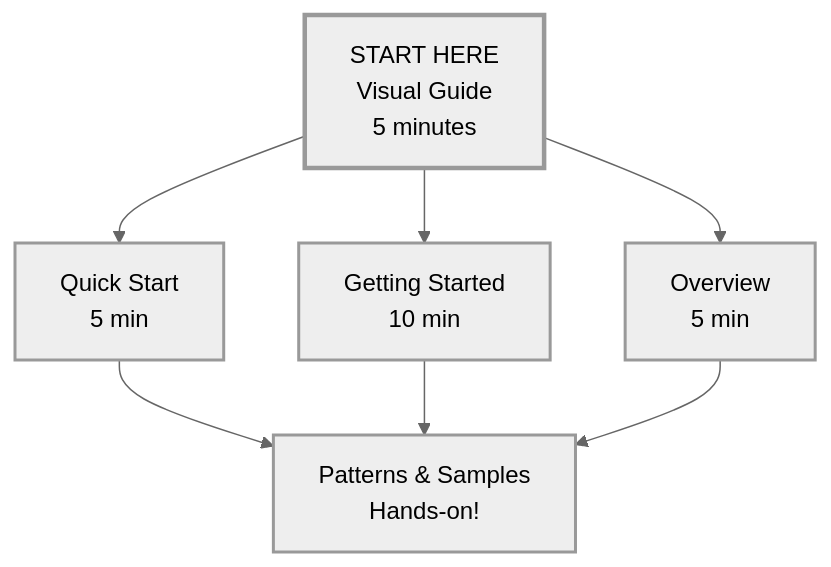
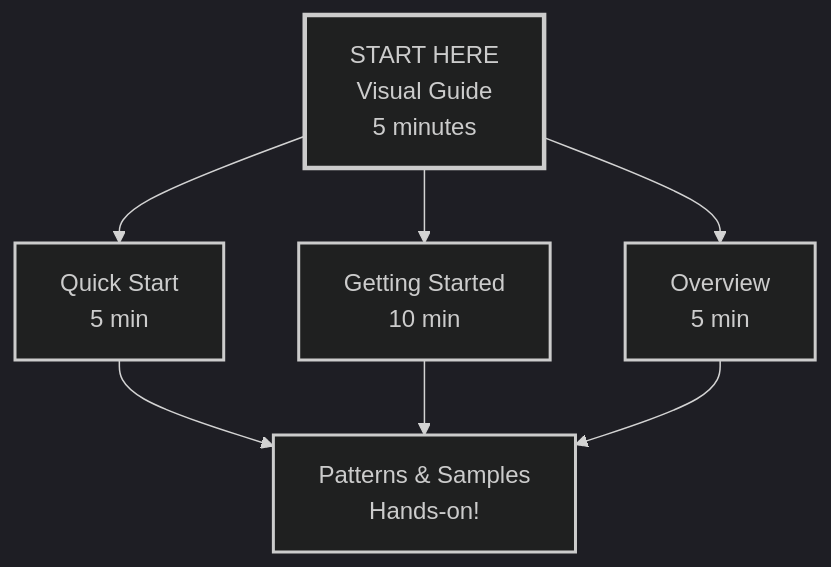
One commit to wallstop/DxMessaging changed the first of 2 diagrams in docs/getting-started/index.md. Above: the diagram before and after it, drawn with Mermaid. The commit also changed other lines of this file and 24 other files, not shown here.

Commit message:
Mermaid overhaul, change most test assemblies to be editor

````diff
--- a/docs/getting-started/index.md
+++ b/docs/getting-started/index.md
@@ -7,18 +7,18 @@
 ```mermaid
-%%{init: {'theme': 'neutral'}}%%
-graph TD
+%%{init: {'theme': 'dark'}}%%
+flowchart TD
     Start[START HERE<br/>Visual Guide<br/>5 minutes]
     Start --> Quick[Quick Start<br/>5 min]
     Start --> Getting[Getting Started<br/>10 min]
     Start --> Overview[Overview<br/>5 min]
     Quick --> Patterns[Patterns & Samples<br/>Hands-on!]
     Getting --> Patterns
     Overview --> Patterns
 
     classDef primary stroke-width:3px
     class Start primary
     classDef success stroke-width:2px
     class Patterns success
     classDef secondary stroke-width:2px
     class Quick,Getting,Overview secondary
 ```
````
